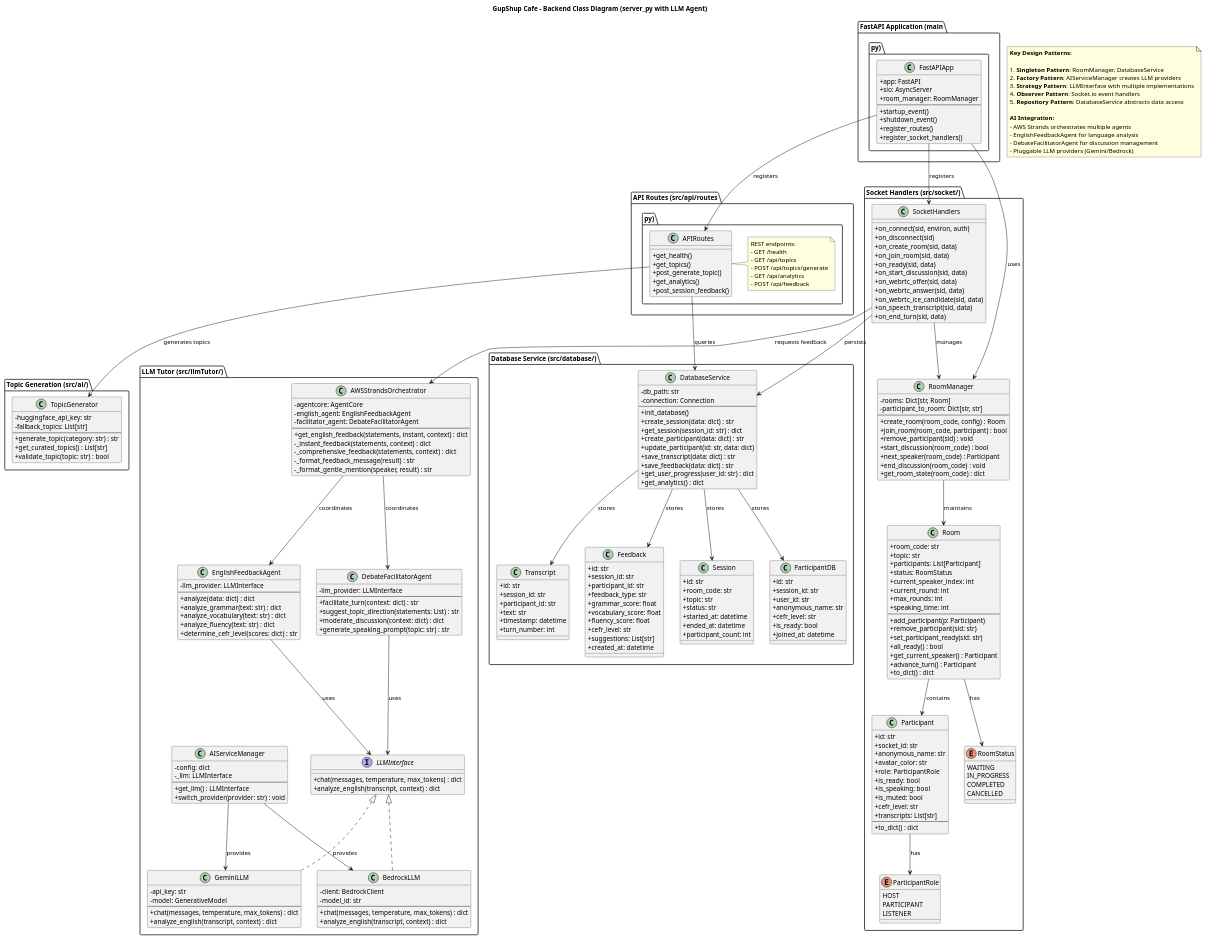
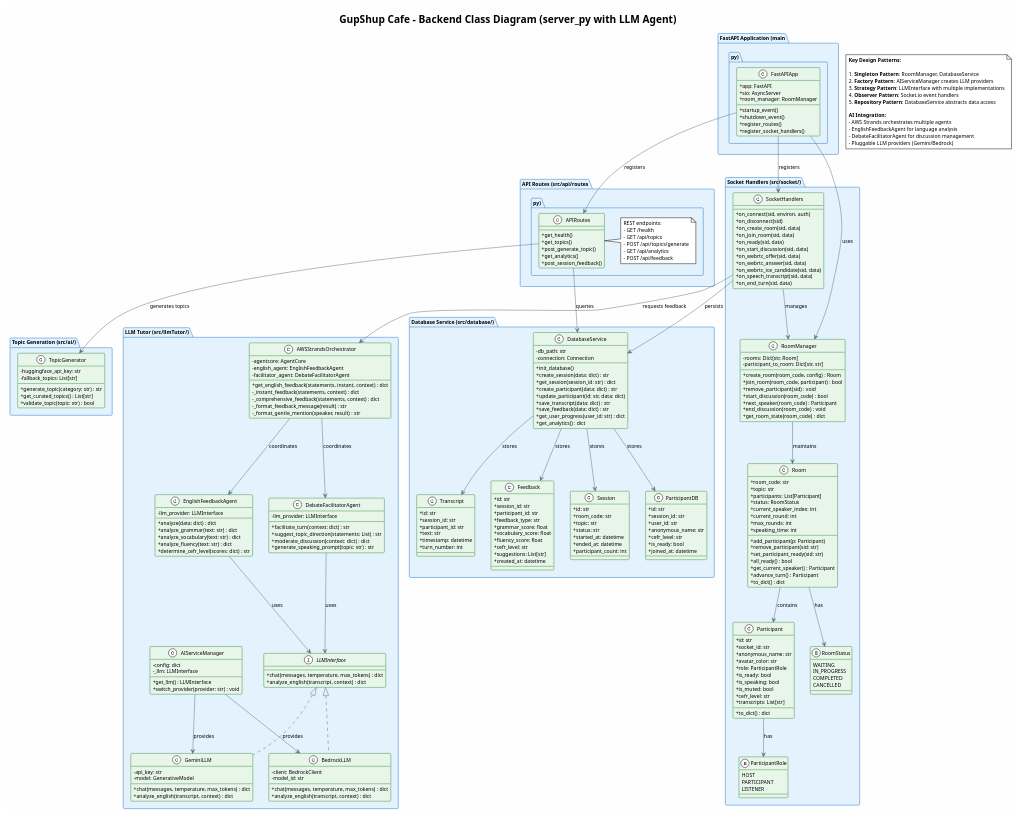
The diagram in docs/diagrams/plan/uml/03-class-diagram-backend.puml (navgurukul/GupShupCafe), drawn with PlantUML before and after one commit. The commit also changed 15 other files, not shown here.

Commit message:
Update all UML diagrams to use latest PlantUML version with modern syntax

```diff
--- a/docs/diagrams/plan/uml/03-class-diagram-backend.puml
+++ b/docs/diagrams/plan/uml/03-class-diagram-backend.puml
@@ -1,7 +1,21 @@
 @startuml GupShup Cafe - Backend Class Diagram (server_py + LLM)
 
+' Use latest PlantUML version features
+!theme plain
 skinparam classAttributeIconSize 0
-skinparam backgroundColor #FFFFFF
+skinparam backgroundColor #FEFEFE
+skinparam shadowing false
+skinparam defaultFontName Arial
+skinparam defaultFontSize 11
+skinparam class {
+    BackgroundColor #E8F5E9
+    BorderColor #388E3C
+    ArrowColor #546E7A
+}
+skinparam package {
+    BackgroundColor #E3F2FD
+    BorderColor #1976D2
+}
 
 title GupShup Cafe - Backend Class Diagram (server_py with LLM Agent)
 
```
